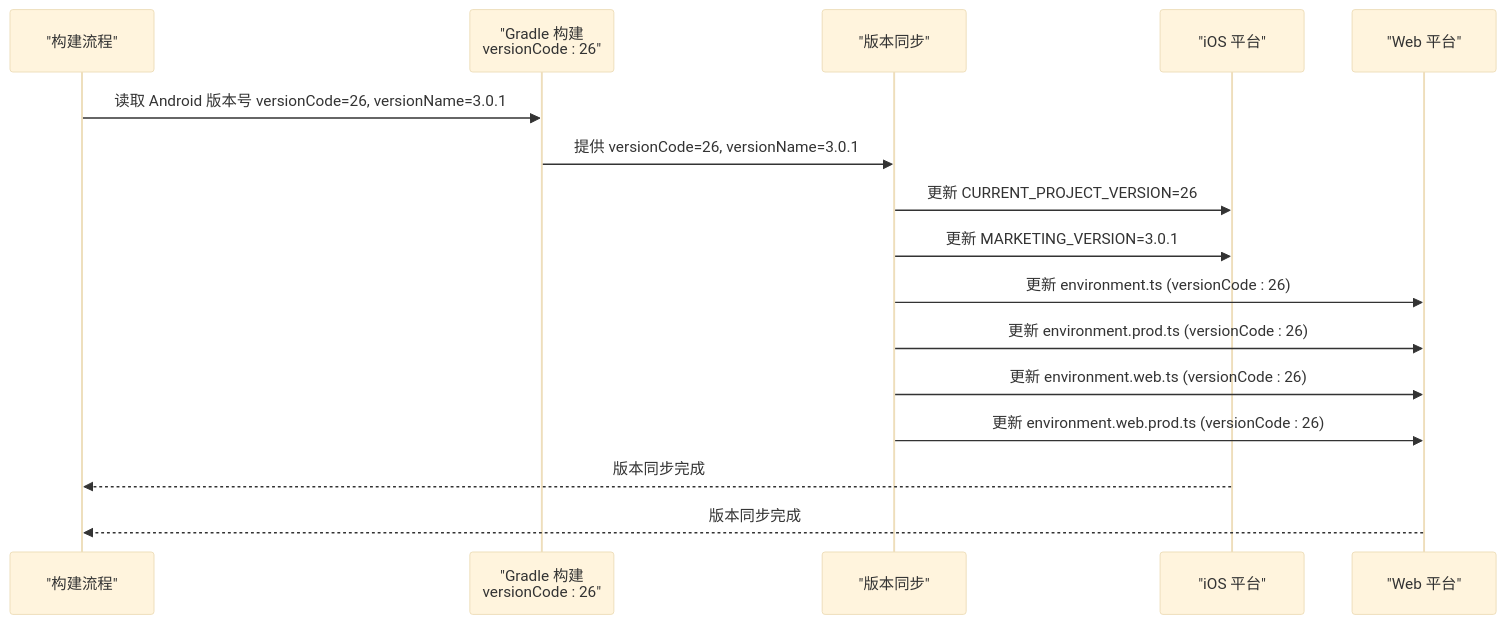
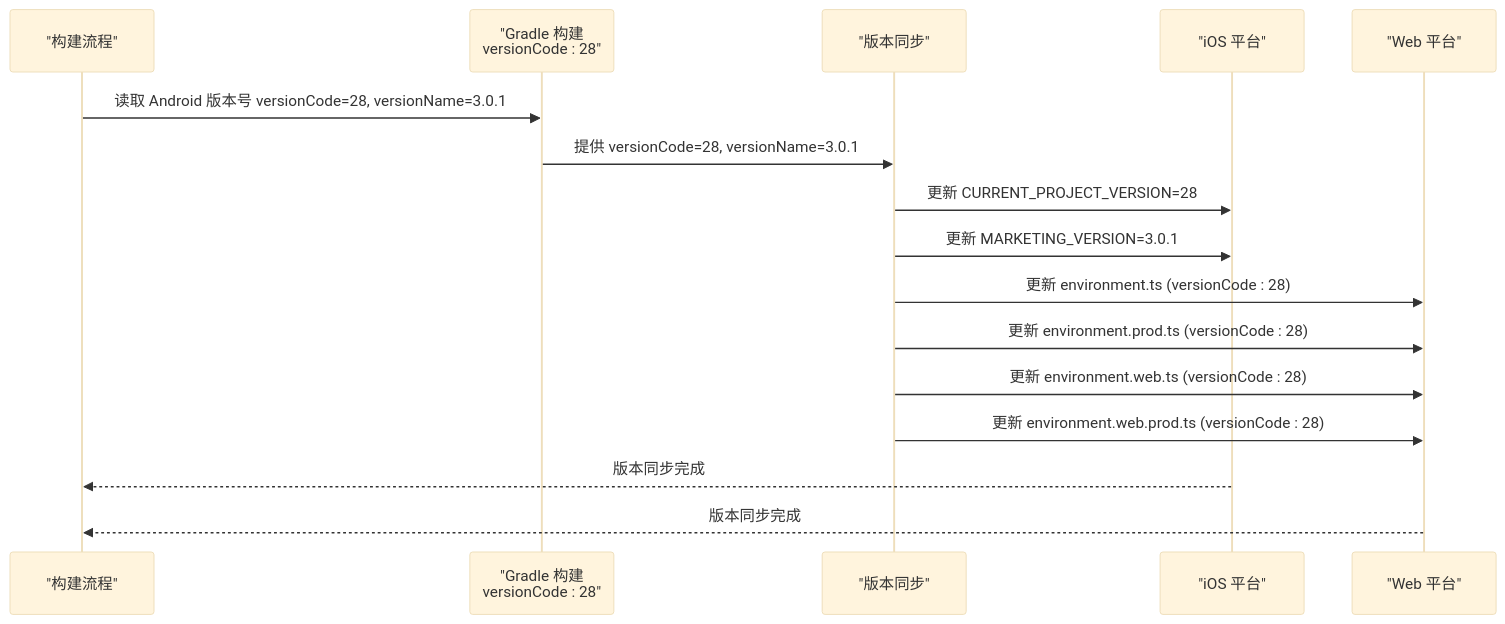
The fifth of 6 diagrams in .qoder/repowiki/zh/content/构建与部署/构建配置.md (tea4go/Macro-Deck-Client-App), drawn with Mermaid (base theme) before and after one commit. The commit also changed other lines of this file and 42 other files, not shown here.

````diff
--- a/.qoder/repowiki/zh/content/构建与部署/构建配置.md
+++ b/.qoder/repowiki/zh/content/构建与部署/构建配置.md
@@ -907,18 +907,18 @@
 ```mermaid
 sequenceDiagram
 participant Build as "构建流程"
-participant Gradle as "Gradle 构建<br/>versionCode : 26"
+participant Gradle as "Gradle 构建<br/>versionCode : 28"
 participant Sync as "版本同步"
 participant iOS as "iOS 平台"
 participant Web as "Web 平台"
-Build->>Gradle : 读取 Android 版本号 versionCode=26, versionName=3.0.1
-Gradle->>Sync : 提供 versionCode=26, versionName=3.0.1
-Sync->>iOS : 更新 CURRENT_PROJECT_VERSION=26
+Build->>Gradle : 读取 Android 版本号 versionCode=28, versionName=3.0.1
+Gradle->>Sync : 提供 versionCode=28, versionName=3.0.1
+Sync->>iOS : 更新 CURRENT_PROJECT_VERSION=28
 Sync->>iOS : 更新 MARKETING_VERSION=3.0.1
-Sync->>Web : 更新 environment.ts (versionCode : 26)
-Sync->>Web : 更新 environment.prod.ts (versionCode : 26)
-Sync->>Web : 更新 environment.web.ts (versionCode : 26)
-Sync->>Web : 更新 environment.web.prod.ts (versionCode : 26)
+Sync->>Web : 更新 environment.ts (versionCode : 28)
+Sync->>Web : 更新 environment.prod.ts (versionCode : 28)
+Sync->>Web : 更新 environment.web.ts (versionCode : 28)
+Sync->>Web : 更新 environment.web.prod.ts (versionCode : 28)
 iOS-->>Build : 版本同步完成
 Web-->>Build : 版本同步完成
 ```
````
